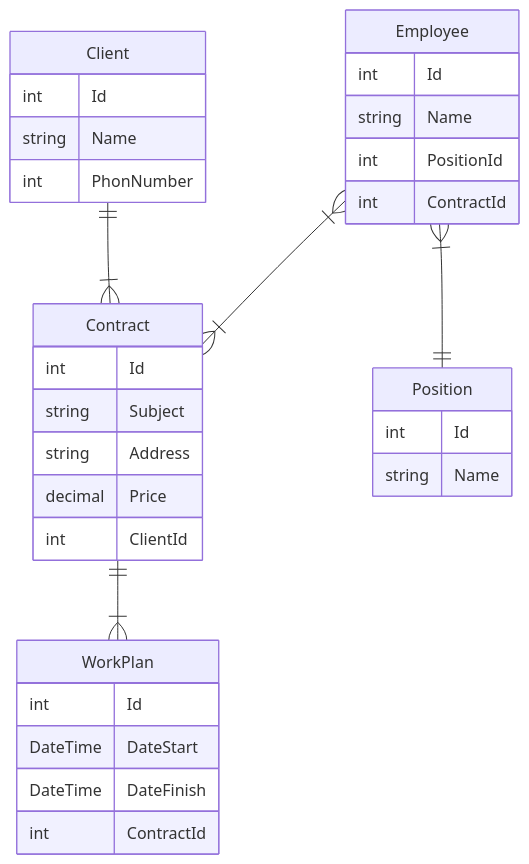
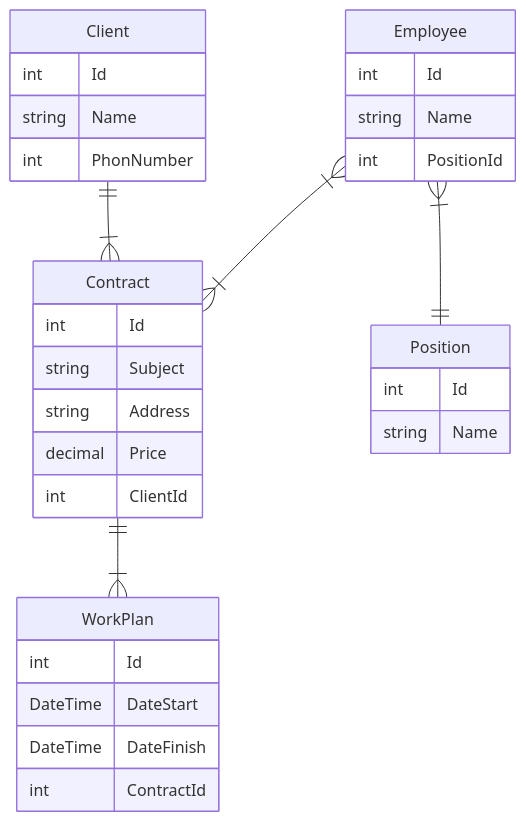
One commit to KondratenkoDV/CRM changed the diagram in README.md. Above: the diagram before and after it, drawn with Mermaid.

````diff
--- a/README.md
+++ b/README.md
@@ -1,40 +1,39 @@
 ```mermaid
 erDiagram
   Employee }|--|{ Contract : ""
   Client ||--|{ Contract : ""
   Contract ||--|{ WorkPlan : ""
   Employee }|--|| Position : ""
   
   Employee{
       int Id
       string Name
       int PositionId
-      int ContractId
   }
 
   Client{
       int Id
       string Name
       int PhonNumber
   }
 
   Contract{
       int Id
       string Subject
       string Address
       decimal Price
       int ClientId
   }
 
   WorkPlan{
       int Id
       DateTime DateStart
       DateTime DateFinish
       int ContractId
   }
   
   Position{
       int Id
       string Name
   }
   ```
````
